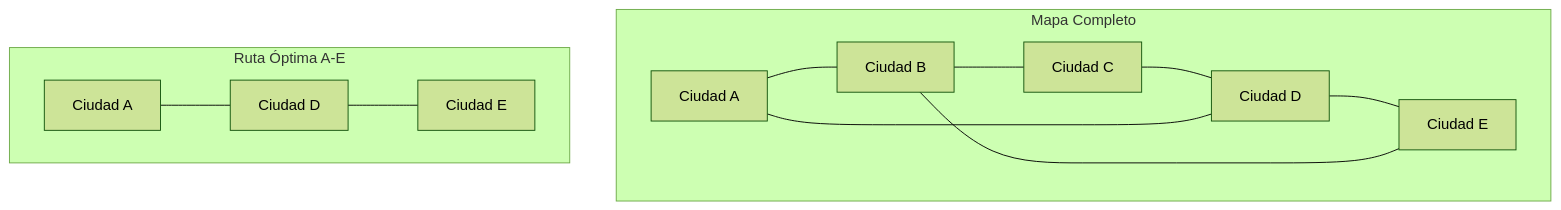
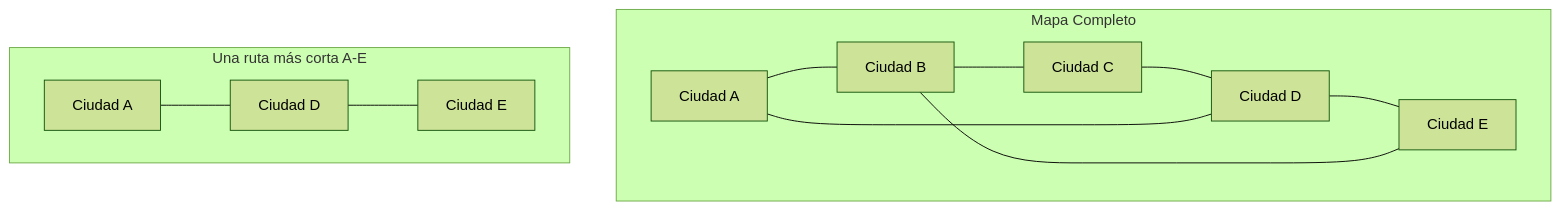
Before and after one commit to djaimej/computer-science-template: the third of 3 diagrams in public/documents/semester-2/3/2314.md, drawn with Mermaid (forest theme). The commit also changed other lines of this file and 38 other files, not shown here.

````diff
--- a/public/documents/semester-2/3/2314.md
+++ b/public/documents/semester-2/3/2314.md
@@ -217,16 +220,16 @@
 ```mermaid
 graph TD
     subgraph Mapa Completo
         A[Ciudad A] --- B[Ciudad B]
         B --- C[Ciudad C]
         C --- D[Ciudad D]
         D --- E[Ciudad E]
         A --- D
         B --- E
     end
 
-    subgraph Ruta Óptima A-E
+    subgraph Una ruta más corta A-E
         A2[Ciudad A] --- D2[Ciudad D]
         D2 --- E2[Ciudad E]
     end
 ```
````
